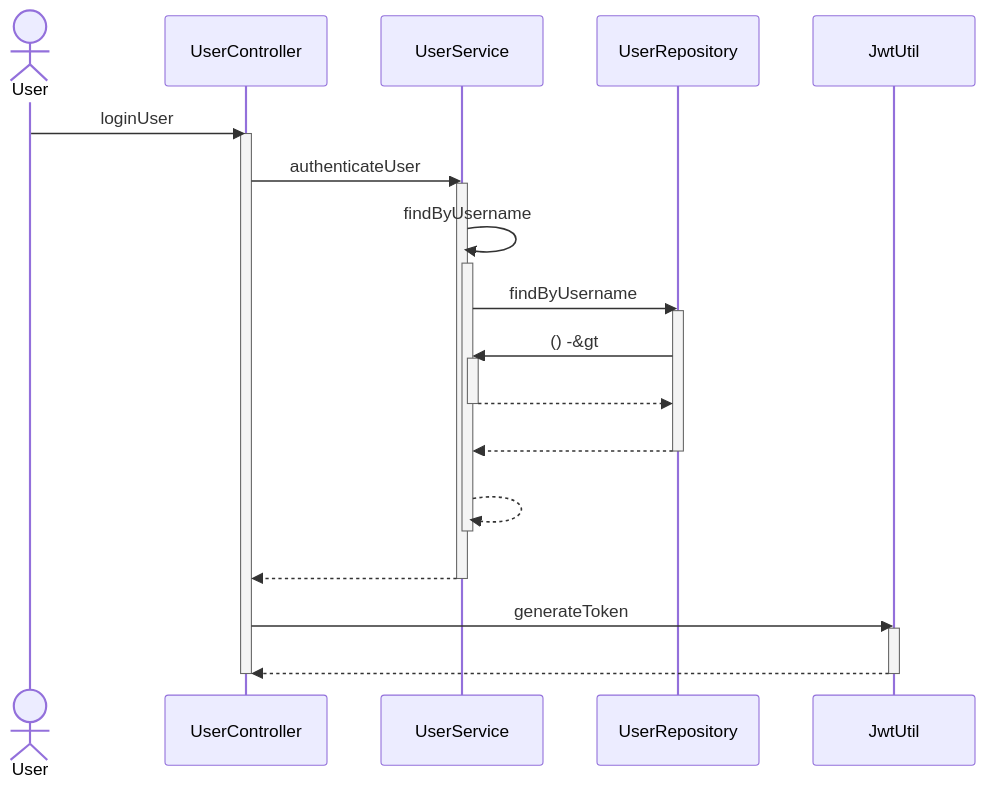
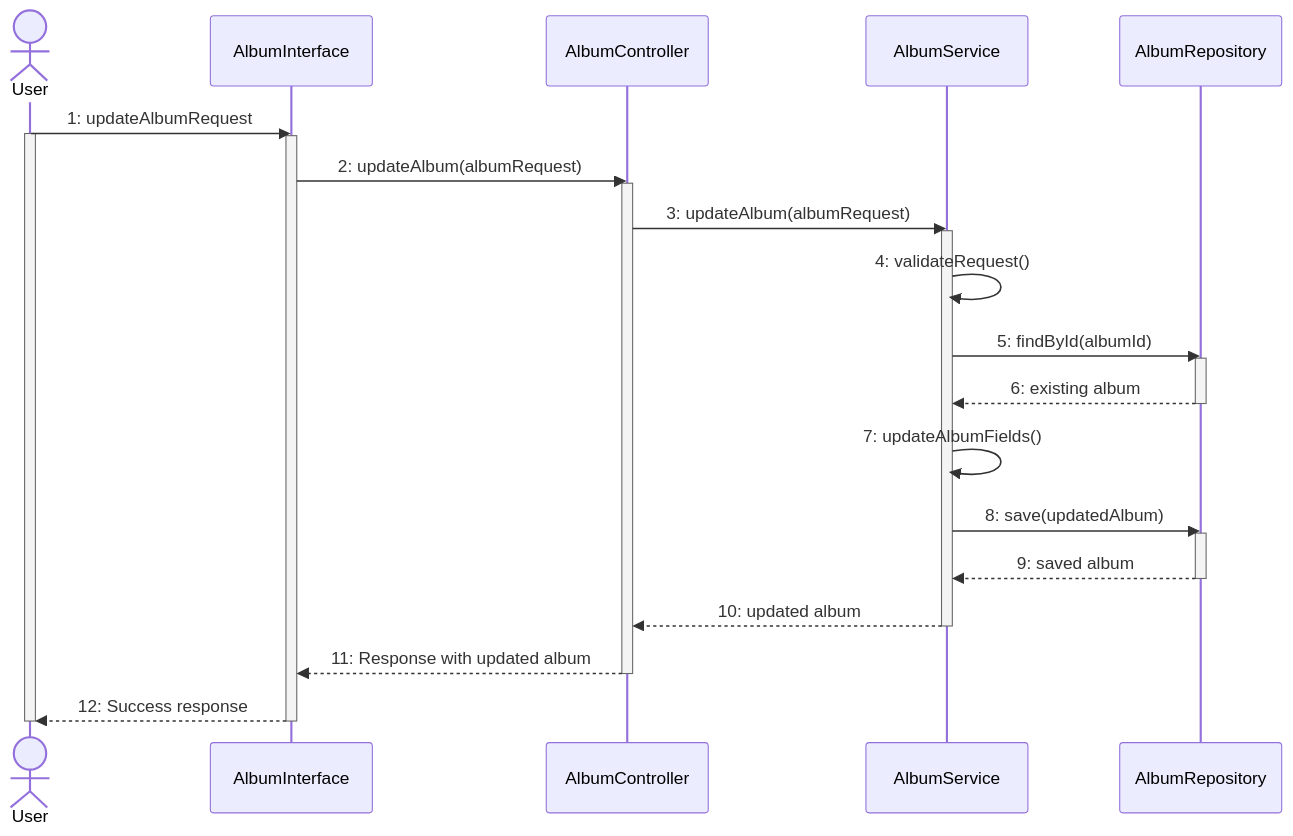
Before and after one commit to lightmon233/Memento: the sixth of 11 diagrams in README.md, drawn with Mermaid. The commit also changed other lines of this file, not shown here.

````diff
--- a/README.md
+++ b/README.md
@@ -103,27 +336,43 @@
 ```mermaid
 sequenceDiagram
-actor User
-User ->> UserController : loginUser
-activate UserController
-UserController ->> UserService : authenticateUser
-activate UserService
-UserService ->> UserService : findByUsername
-activate UserService
-UserService ->> UserRepository : findByUsername
-activate UserRepository
-UserRepository ->> UserService : () -&gt;
-activate UserService
-UserService -->> UserRepository : #32; 
-deactivate UserService
-UserRepository -->> UserService : #32; 
-deactivate UserRepository
-UserService -->> UserService : #32; 
-deactivate UserService
-UserService -->> UserController : #32; 
-deactivate UserService
-UserController ->> JwtUtil : generateToken
-activate JwtUtil
-JwtUtil -->> UserController : #32; 
-deactivate JwtUtil
-deactivate UserController
+    actor User
+    participant AlbumInterface
+    participant AlbumController
+    participant AlbumService
+    participant AlbumRepository
+    
+    User ->> AlbumInterface: 1: updateAlbumRequest
+    activate User
+    activate AlbumInterface
+    
+    AlbumInterface ->> AlbumController: 2: updateAlbum(albumRequest)
+    activate AlbumController
+    
+    AlbumController ->> AlbumService: 3: updateAlbum(albumRequest)
+    activate AlbumService
+    
+    AlbumService ->> AlbumService: 4: validateRequest()
+    
+    AlbumService ->> AlbumRepository: 5: findById(albumId)
+    activate AlbumRepository
+    AlbumRepository -->> AlbumService: 6: existing album
+    deactivate AlbumRepository
+    
+    AlbumService ->> AlbumService: 7: updateAlbumFields()
+    
+    AlbumService ->> AlbumRepository: 8: save(updatedAlbum)
+    activate AlbumRepository
+    AlbumRepository -->> AlbumService: 9: saved album
+    deactivate AlbumRepository
+    
+    AlbumService -->> AlbumController: 10: updated album
+    deactivate AlbumService
+    
+    AlbumController -->> AlbumInterface: 11: Response with updated album
+    deactivate AlbumController
+    
+    AlbumInterface -->> User: 12: Success response
+    deactivate AlbumInterface
+    deactivate User
+
 ```
````
